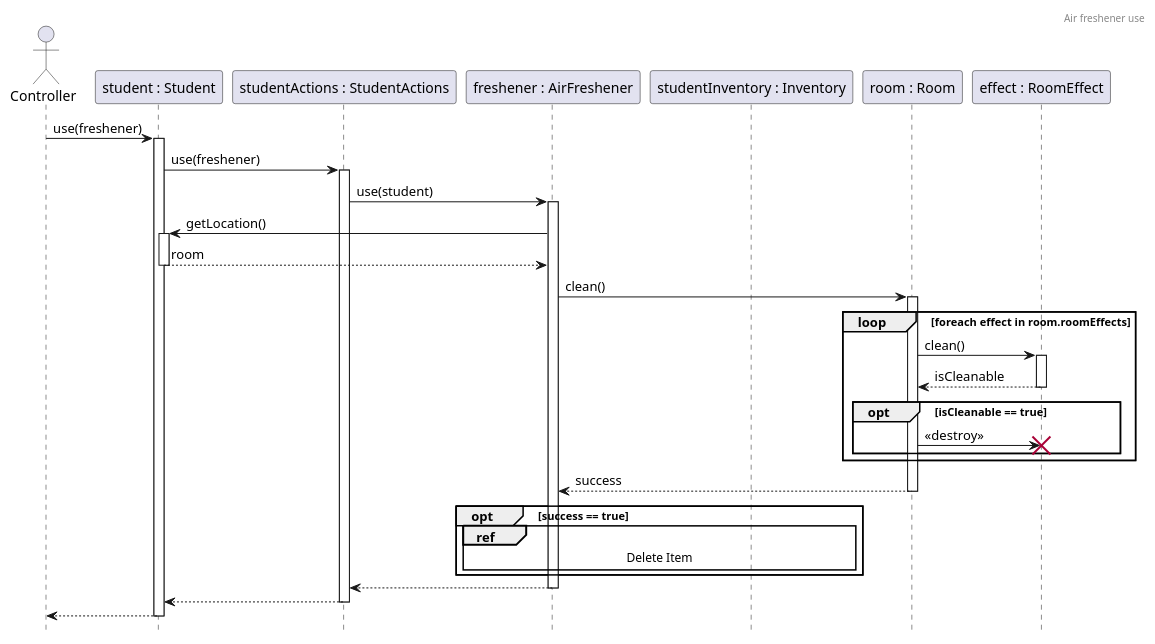
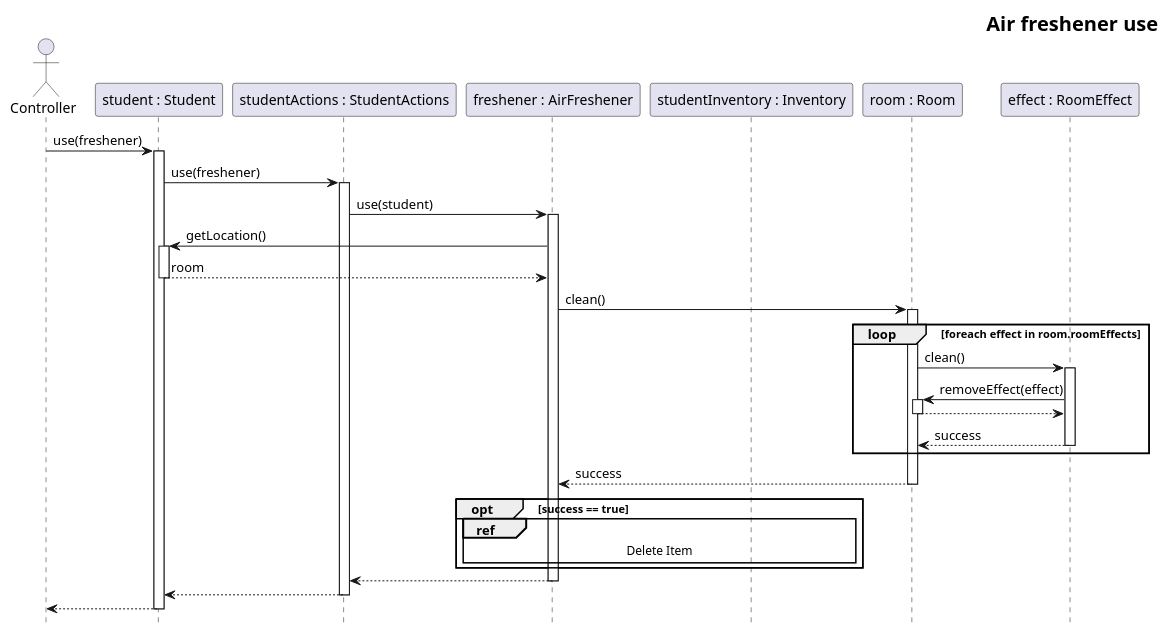
The diagram in docs/sequence/items/AirFreshener.puml (Kristof-me/Logarlec), drawn with PlantUML before and after one commit. The commit also changed 9 other files, not shown here.

```diff
--- a/docs/sequence/items/AirFreshener.puml
+++ b/docs/sequence/items/AirFreshener.puml
@@ -1,42 +1,42 @@
 @startuml AirFreshenerUse
+skinparam headerFontSize 20
+skinparam HeaderFontColor #000000
+skinparam HeaderFontStyle bold
 header Air freshener use
 hide footbox
 
 actor controller as "Controller"
 participant student as "student : Student"
 participant actionState as "studentActions : StudentActions"
 participant af as "freshener : AirFreshener"
 participant studentInventory as "studentInventory : Inventory"
 participant room as "room : Room"
 participant effect as "effect : RoomEffect"
 
 controller -> student ++ : use(freshener)
 student -> actionState ++ : use(freshener)
 actionState -> af ++ : use(student)
 
 af -> student ++ : getLocation()
 return room
 
 af -> room ++ : clean()
 
 loop foreach effect in room.roomEffects
     room -> effect ++ : clean()
-    return isCleanable
-
-    opt isCleanable == true
-        room -> effect : <<destroy>>
-        destroy effect
-    end
+    effect -> room ++ : removeEffect(effect)
+    return
+    return success
 end
 
 return success
 
 opt success == true
     ref over af, studentInventory : Delete Item
 end
 
 return
 return
 return
 
 @enduml
```
